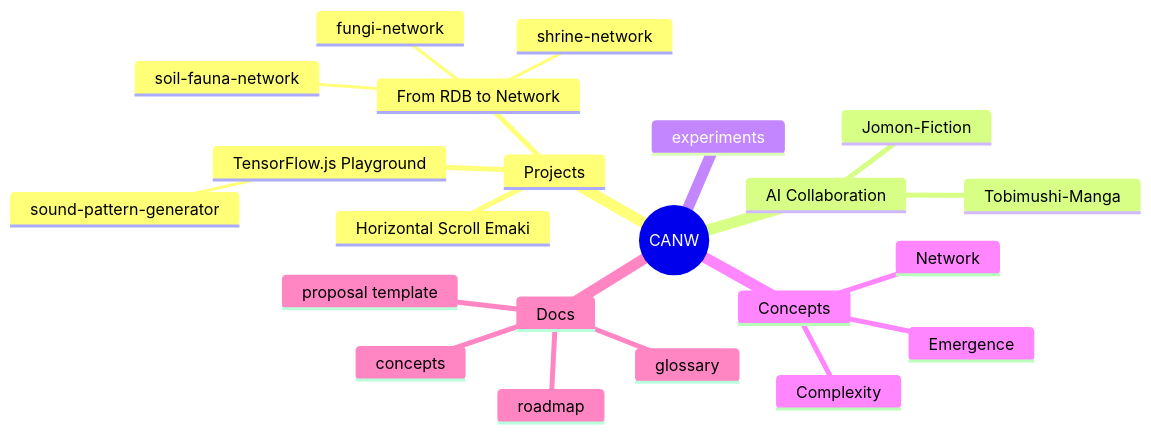
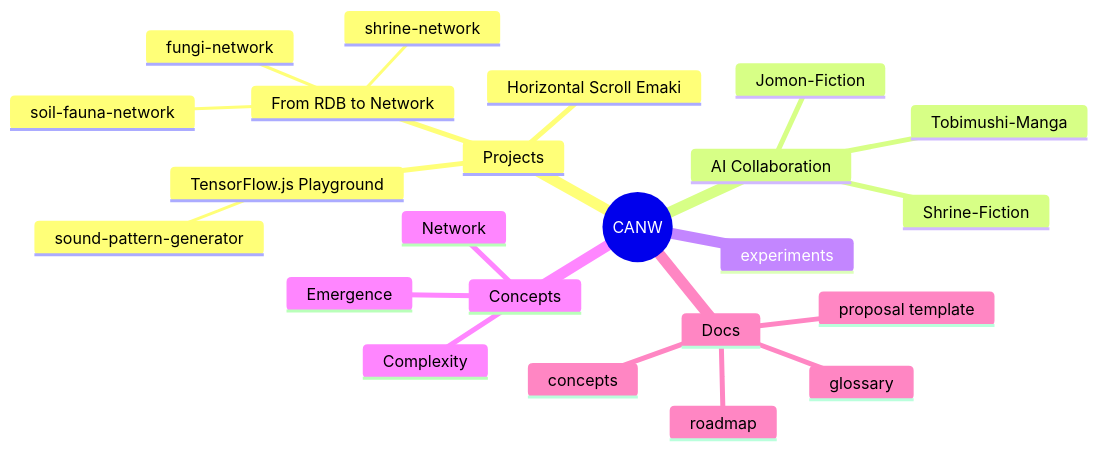
The diagram in README.md (satoshi-create/complexity-and-network-webdesign), drawn with Mermaid before and after one commit.

````diff
--- a/README.md
+++ b/README.md
@@ -92,25 +92,26 @@
 ```mermaid
 mindmap
   root((CANW))
     Projects
       TensorFlow.js Playground
         sound-pattern-generator
       From RDB to Network
         fungi-network
         shrine-network
         soil-fauna-network
       Horizontal Scroll Emaki
     AI Collaboration
       Jomon-Fiction
       Tobimushi-Manga
+      Shrine-Fiction
     experiments
     Concepts
       Complexity
       Emergence
       Network
     Docs
       concepts
       roadmap
       proposal template
       glossary
 ```
````
